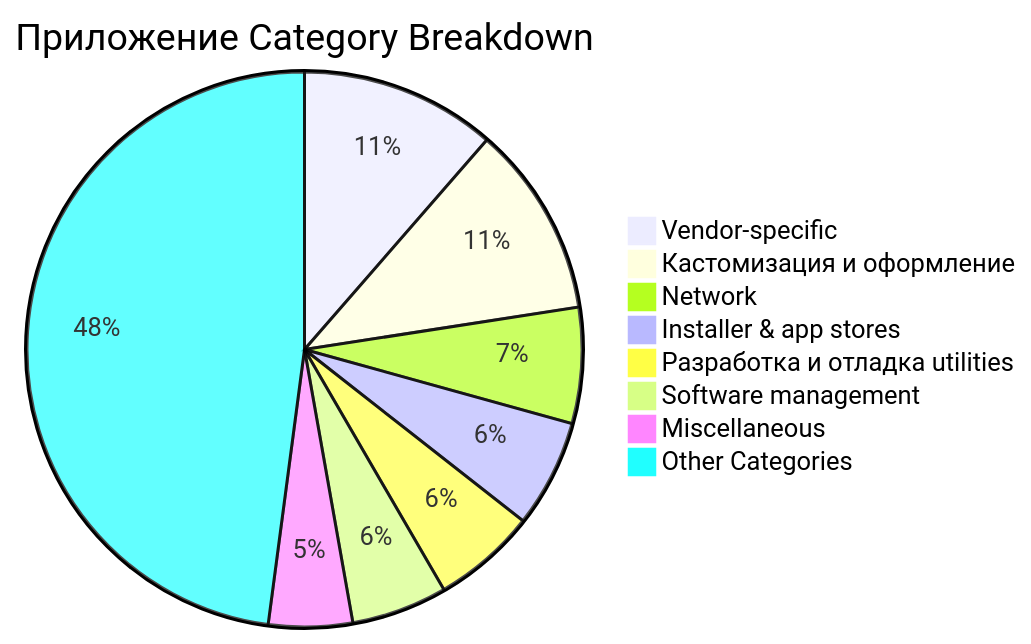
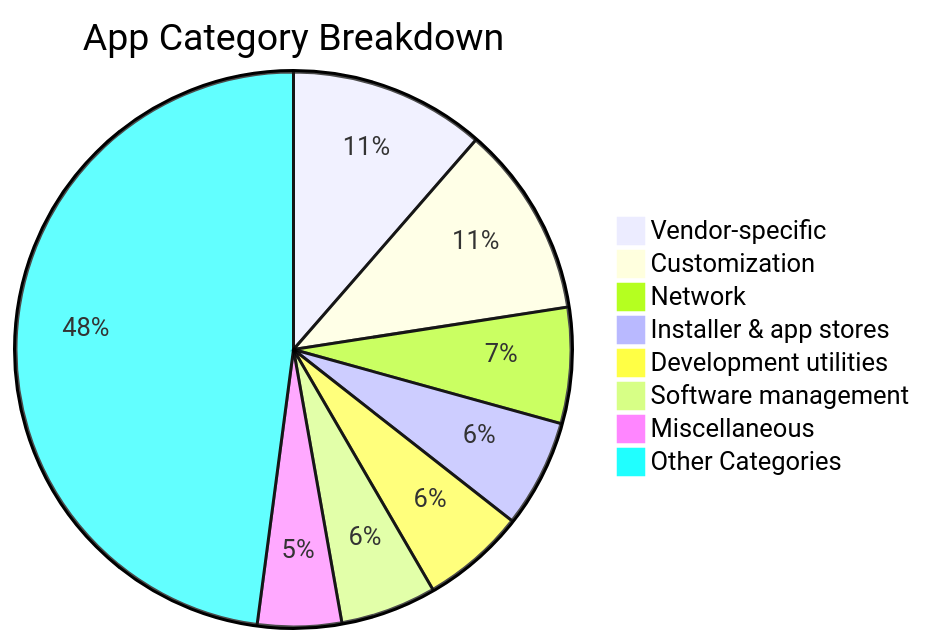
One commit to 2303630100089-lang/shizuku-apps-root-alternative changed the diagram in README.ru.md. Above: the diagram before and after it, drawn with Mermaid. The commit also changed other lines of this file and 7 other files, not shown here.

````diff
--- a/README.ru.md
+++ b/README.ru.md
@@ -306,11 +306,11 @@
 ```mermaid
-pie title Приложение Category Breakdown
+pie title App Category Breakdown
     "Vendor-specific" : 49
-    "Кастомизация и оформление" : 48
+    "Customization" : 48
     "Network" : 29
     "Installer & app stores" : 27
-    "Разработка и отладка utilities" : 26
+    "Development utilities" : 26
     "Software management" : 24
     "Miscellaneous" : 21
     "Other Categories" : 206
 ```
````
